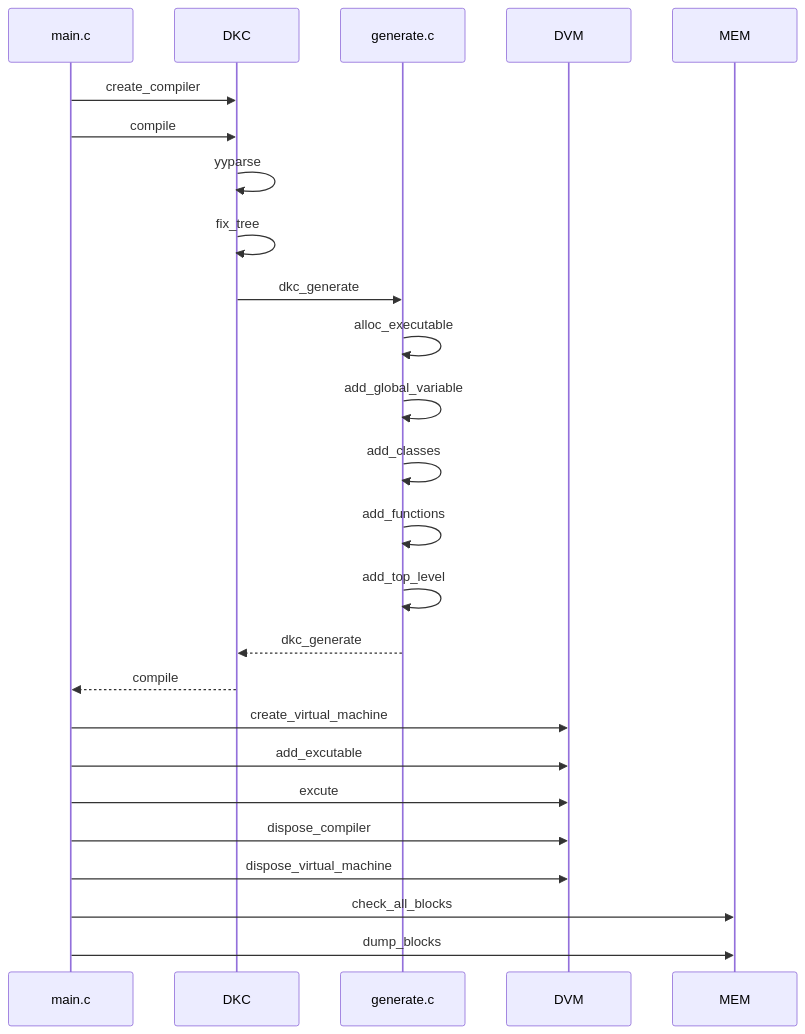
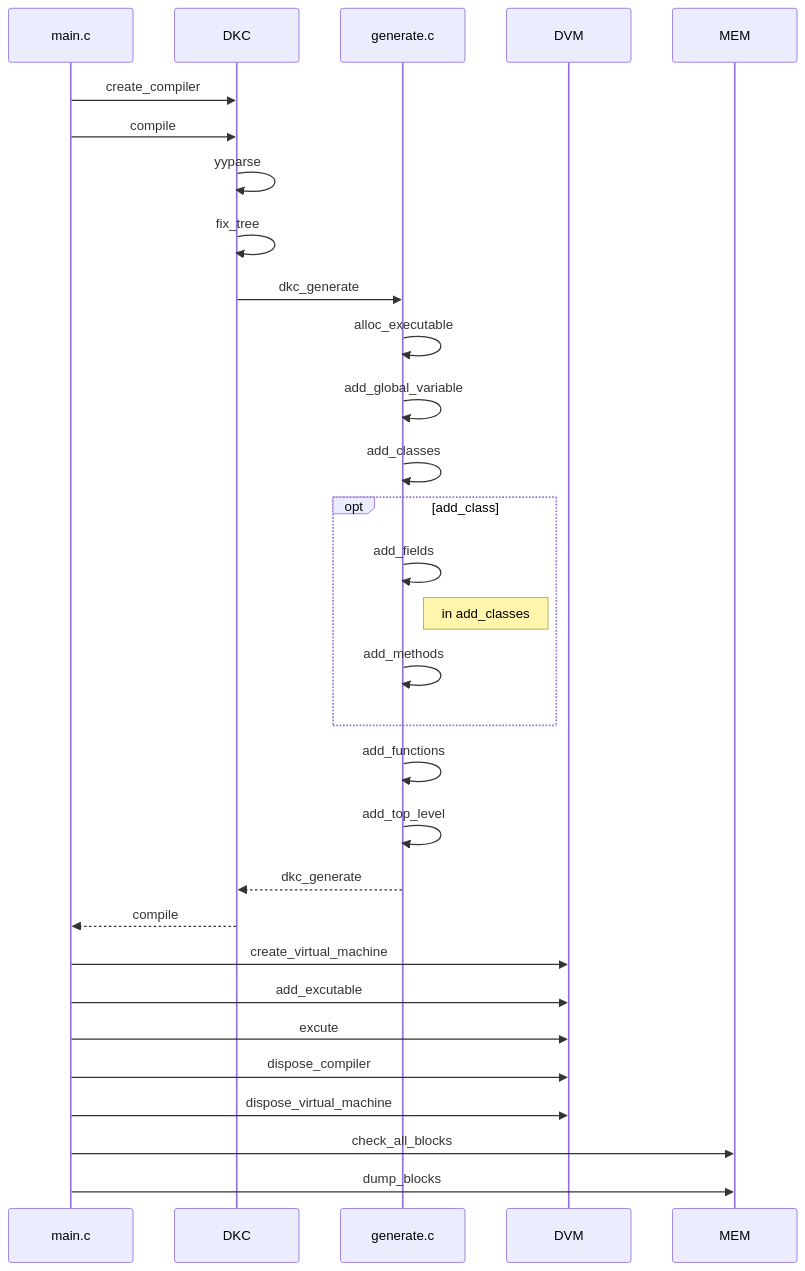
Before and after one commit to sulvto/compilers: the first of 2 diagrams in diksam/README.md, drawn with Mermaid. The commit also changed 8 other files, not shown here.

````diff
--- a/diksam/README.md
+++ b/diksam/README.md
@@ -2,22 +2,27 @@
 ```mermaid
 sequenceDiagram
     main.c->>DKC: create_compiler
     main.c->>DKC: compile
     DKC->>DKC: yyparse
     DKC->>DKC: fix_tree
     DKC->>generate.c: dkc_generate
     generate.c->>generate.c: alloc_executable
     generate.c->>generate.c: add_global_variable
     generate.c->>generate.c: add_classes
+    opt add_class
+        generate.c->>generate.c: add_fields
+        Note right of generate.c: in add_classes
+        generate.c->>generate.c: add_methods
+    end
     generate.c->>generate.c: add_functions
     generate.c->>generate.c: add_top_level
     generate.c-->>DKC: dkc_generate
     DKC-->>main.c: compile
     main.c->>DVM: create_virtual_machine
     main.c->>DVM: add_excutable
     main.c->>DVM: excute
     main.c->>DVM: dispose_compiler
     main.c->>DVM: dispose_virtual_machine
     main.c->>MEM: check_all_blocks
     main.c->>MEM: dump_blocks
 ```
````
